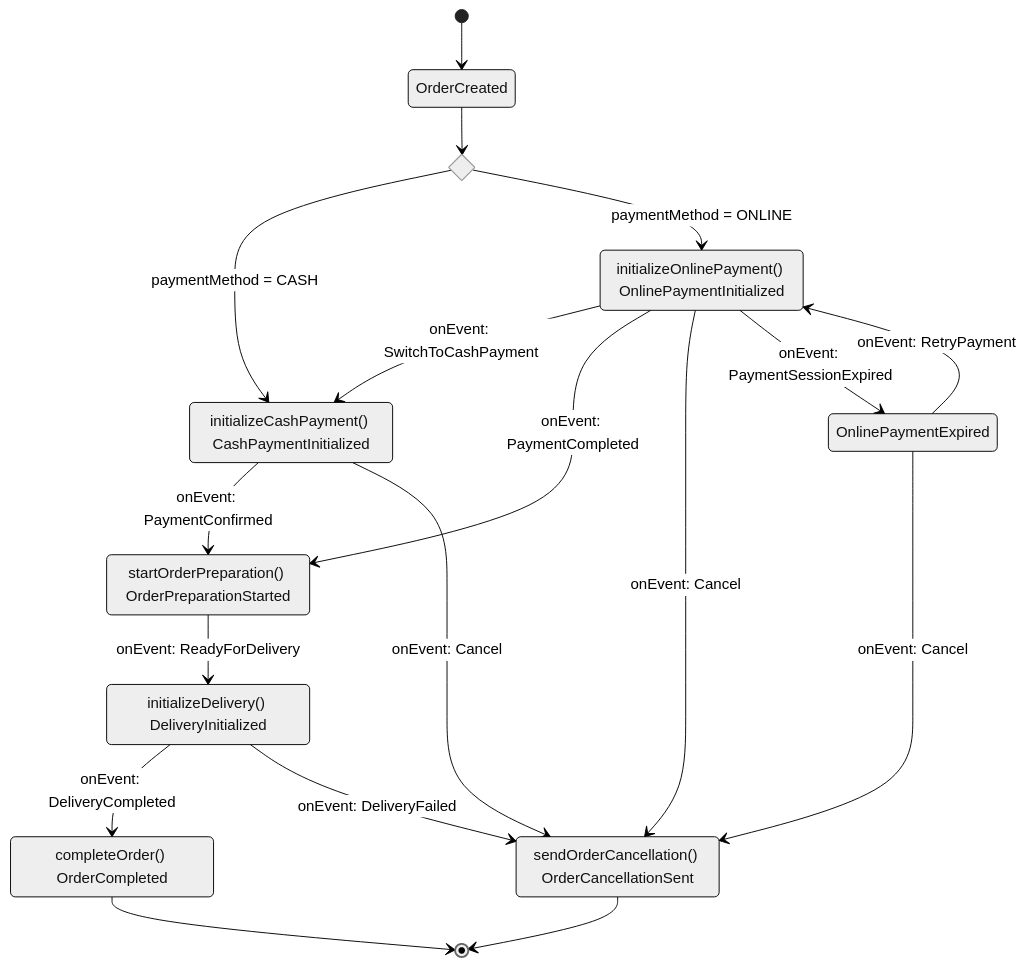
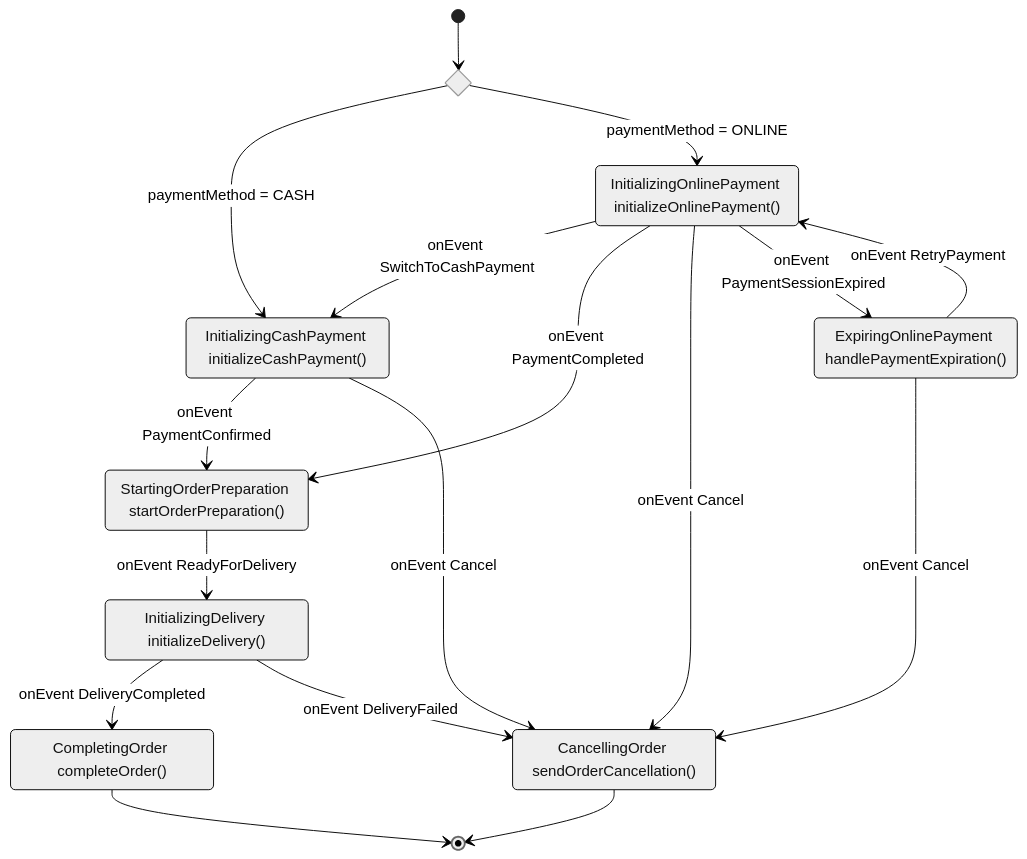
Before and after one commit to marcingurbisz/flowlite: the diagram in README.md, drawn with Mermaid (neutral theme). The commit also changed other lines of this file, not shown here.

Commit message:
Work on assumtions

````diff
--- a/README.md
+++ b/README.md
@@ -47,31 +52,30 @@
 ```mermaid
 stateDiagram-v2
     state if_payment_method <<choice>>
     
-    [*] --> OrderCreated
-    OrderCancellationSent --> [*]
-    OrderCreated: OrderCreated
-    OrderCreated --> if_payment_method
-    if_payment_method --> CashPaymentInitialized: paymentMethod = CASH
-    if_payment_method --> OnlinePaymentInitialized: paymentMethod = ONLINE
-    CashPaymentInitialized: initializeCashPayment() CashPaymentInitialized
-    CashPaymentInitialized --> OrderPreparationStarted: onEvent#58; PaymentConfirmed
-    CashPaymentInitialized --> OrderCancellationSent: onEvent#58; Cancel
-    OnlinePaymentInitialized: initializeOnlinePayment() OnlinePaymentInitialized
-    OnlinePaymentInitialized --> CashPaymentInitialized: onEvent#58; SwitchToCashPayment
-    OnlinePaymentInitialized --> OrderPreparationStarted: onEvent#58; PaymentCompleted
-    OnlinePaymentInitialized --> OrderCancellationSent: onEvent#58; Cancel 
-    OnlinePaymentInitialized --> OnlinePaymentExpired: onEvent#58; PaymentSessionExpired
-    OnlinePaymentExpired --> OnlinePaymentInitialized: onEvent#58; RetryPayment
-    OnlinePaymentExpired --> OrderCancellationSent: onEvent#58; Cancel
-    OrderPreparationStarted: startOrderPreparation() OrderPreparationStarted
-    OrderPreparationStarted --> DeliveryInitialized: onEvent#58; ReadyForDelivery
+    [*] --> if_payment_method
+    CancellingOrder --> [*]
+    if_payment_method --> InitializingCashPayment: paymentMethod = CASH
+    if_payment_method --> InitializingOnlinePayment: paymentMethod = ONLINE
+    InitializingCashPayment: InitializingCashPayment initializeCashPayment()
+    InitializingCashPayment --> StartingOrderPreparation: onEvent PaymentConfirmed
+    InitializingCashPayment --> CancellingOrder: onEvent Cancel
+    InitializingOnlinePayment: InitializingOnlinePayment initializeOnlinePayment()
+    InitializingOnlinePayment --> InitializingCashPayment: onEvent SwitchToCashPayment
+    InitializingOnlinePayment --> StartingOrderPreparation: onEvent PaymentCompleted
+    InitializingOnlinePayment --> CancellingOrder: onEvent Cancel 
+    InitializingOnlinePayment --> ExpiringOnlinePayment: onEvent PaymentSessionExpired
+    ExpiringOnlinePayment: ExpiringOnlinePayment handlePaymentExpiration()
+    ExpiringOnlinePayment --> InitializingOnlinePayment: onEvent RetryPayment
+    ExpiringOnlinePayment --> CancellingOrder: onEvent Cancel
+    StartingOrderPreparation: StartingOrderPreparation startOrderPreparation()
+    StartingOrderPreparation --> InitializingDelivery: onEvent ReadyForDelivery
      
-    DeliveryInitialized: initializeDelivery() DeliveryInitialized
-    DeliveryInitialized --> OrderCompleted: onEvent#58; DeliveryCompleted
-    DeliveryInitialized --> OrderCancellationSent: onEvent#58; DeliveryFailed
+    InitializingDelivery: InitializingDelivery initializeDelivery()
+    InitializingDelivery --> CompletingOrder: onEvent DeliveryCompleted
+    InitializingDelivery --> CancellingOrder: onEvent DeliveryFailed
     
-    OrderCompleted: completeOrder() OrderCompleted
-    OrderCancellationSent: sendOrderCancellation() OrderCancellationSent
-    OrderCompleted --> [*]
+    CompletingOrder: CompletingOrder completeOrder()
+    CancellingOrder: CancellingOrder sendOrderCancellation()
+    CompletingOrder --> [*]
 ```
````
